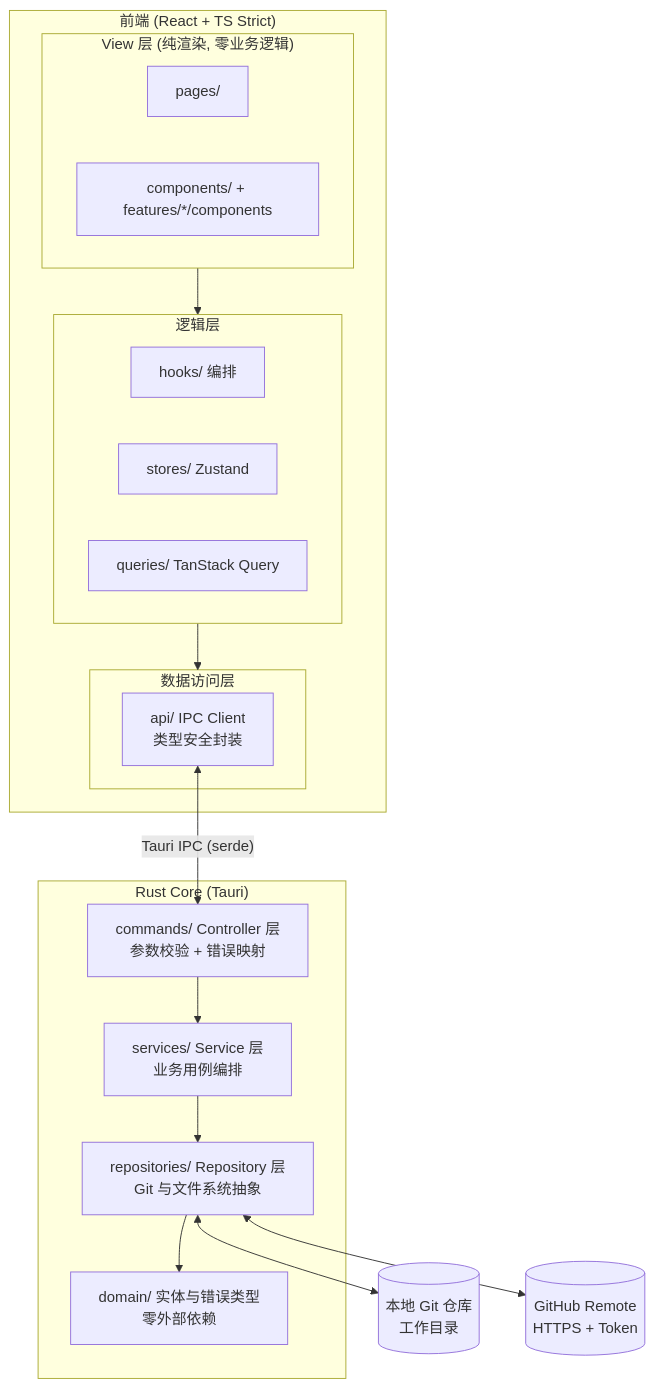
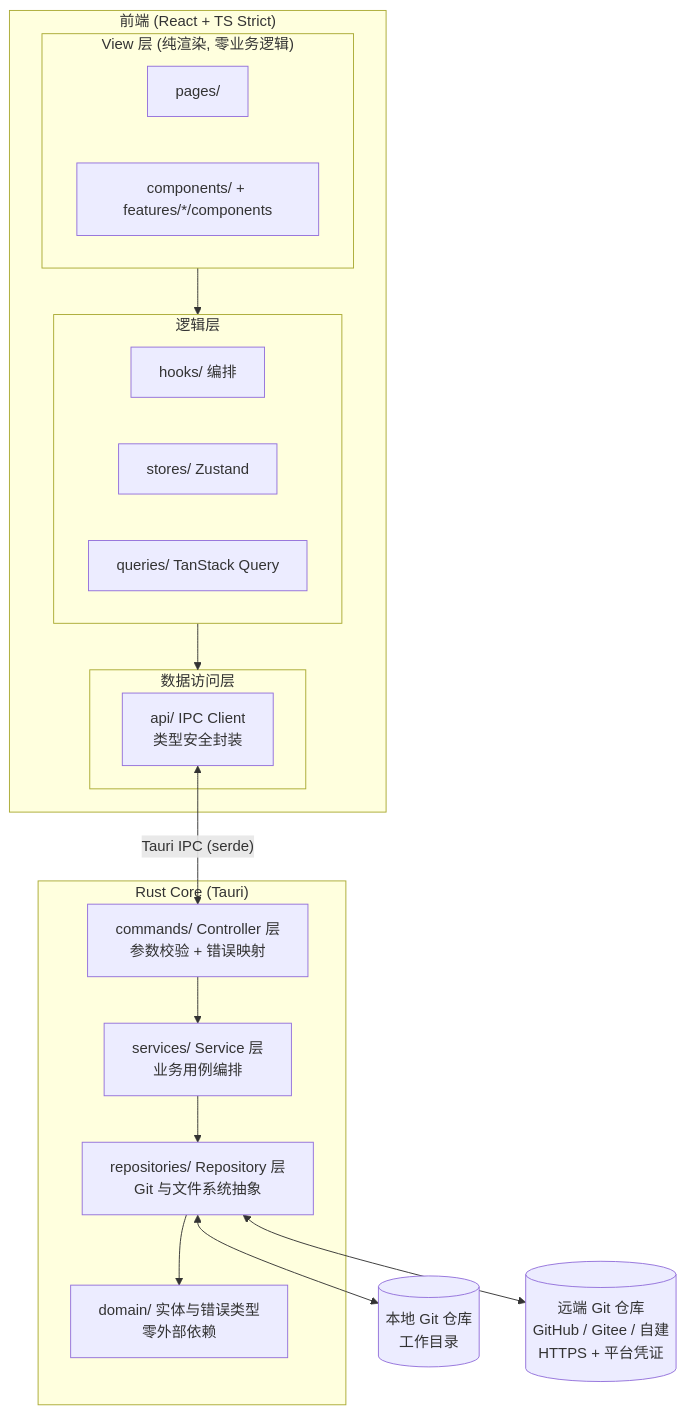
One commit to small-dream/AINote changed the diagram in docs/ARCHITECTURE.md. Above: the diagram before and after it, drawn with Mermaid. The commit also changed other lines of this file and 59 other files, not shown here.

First line of the commit message:
feat(hosting): 支持 GitHub / Gitee 多托管平台

````diff
--- a/docs/ARCHITECTURE.md
+++ b/docs/ARCHITECTURE.md
@@ -42,30 +42,30 @@
 ```mermaid
 flowchart TB
     subgraph Frontend["前端 (React + TS Strict)"]
         subgraph View["View 层 (纯渲染, 零业务逻辑)"]
             Pages[pages/]
             Components[components/ + features/*/components]
         end
         subgraph Logic["逻辑层"]
             Hooks[hooks/ 编排]
             Stores[stores/ Zustand]
             Queries[queries/ TanStack Query]
         end
         subgraph Client["数据访问层"]
             IPC[api/ IPC Client<br/>类型安全封装]
         end
         View --> Logic --> Client
     end
 
     subgraph Backend["Rust Core (Tauri)"]
         Commands[commands/ Controller 层<br/>参数校验 + 错误映射]
         Services[services/ Service 层<br/>业务用例编排]
         Repos[repositories/ Repository 层<br/>Git 与文件系统抽象]
         Domain[domain/ 实体与错误类型<br/>零外部依赖]
         Commands --> Services --> Repos --> Domain
     end
 
     IPC <-- "Tauri IPC (serde)" --> Commands
     Repos <--> Git[(本地 Git 仓库<br/>工作目录)]
-    Repos <--> GitHub[(GitHub Remote<br/>HTTPS + Token)]
+    Repos <--> Remote[(远端 Git 仓库<br/>GitHub / Gitee / 自建<br/>HTTPS + 平台凭证)]
 ```
````
